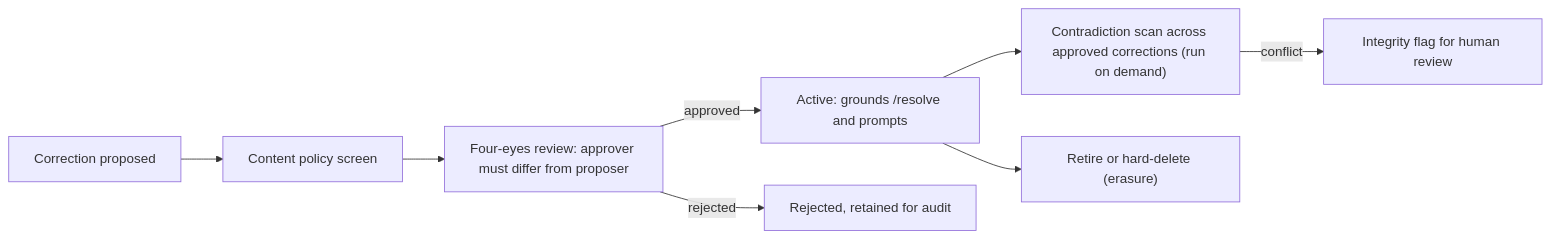
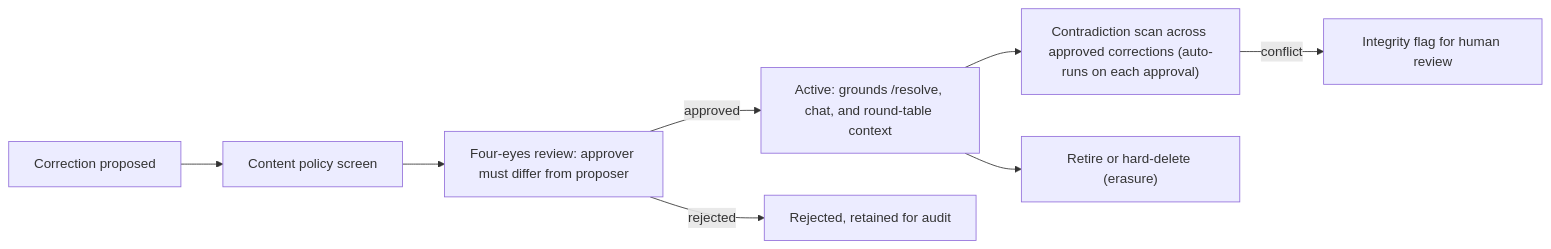
Before and after one commit to KangaKode/aiscaffold: the seventh of 10 diagrams in docs/FEATURES.md, drawn with Mermaid. The commit also changed other lines of this file and 19 other files, not shown here.

````diff
--- a/docs/FEATURES.md
+++ b/docs/FEATURES.md
@@ -255,10 +256,10 @@
 ```mermaid
 flowchart LR
     Prop["Correction proposed"] --> Policy["Content policy screen"]
     Policy --> Rev["Four-eyes review: approver must differ from proposer"]
-    Rev -->|"approved"| Act["Active: grounds /resolve and prompts"]
+    Rev -->|"approved"| Act["Active: grounds /resolve, chat, and round-table context"]
     Rev -->|"rejected"| Rej["Rejected, retained for audit"]
-    Act --> Contra["Contradiction scan across approved corrections (run on demand)"]
+    Act --> Contra["Contradiction scan across approved corrections (auto-runs on each approval)"]
     Contra -->|"conflict"| Flagged["Integrity flag for human review"]
     Act --> Ret["Retire or hard-delete (erasure)"]
 ```
````
